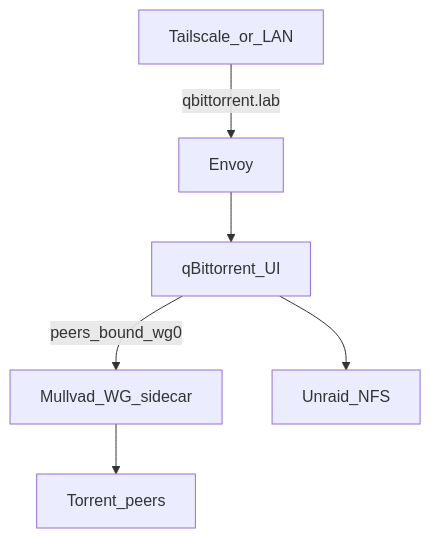
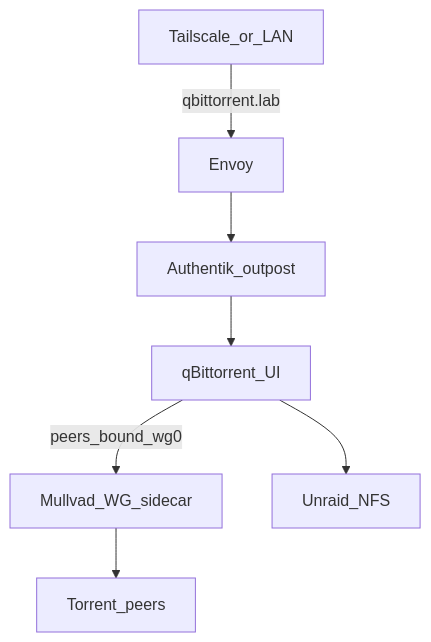
Before and after one commit to jacobdrury/homelab: the diagram in docs/architecture/media.md, drawn with Mermaid. The commit also changed other lines of this file and 12 other files, not shown here.

````diff
--- a/docs/architecture/media.md
+++ b/docs/architecture/media.md
@@ -94,12 +69,13 @@
 ```mermaid
 flowchart TB
   User[Tailscale_or_LAN]
   Envoy[Envoy]
+  Ak[Authentik_outpost]
   Q[qBittorrent_UI]
   WG[Mullvad_WG_sidecar]
   Peers[Torrent_peers]
   NFS[Unraid_NFS]
-  User -->|qbittorrent.lab| Envoy --> Q
+  User -->|qbittorrent.lab| Envoy --> Ak --> Q
   Q --> NFS
   Q -->|peers_bound_wg0| WG --> Peers
 ```
````
